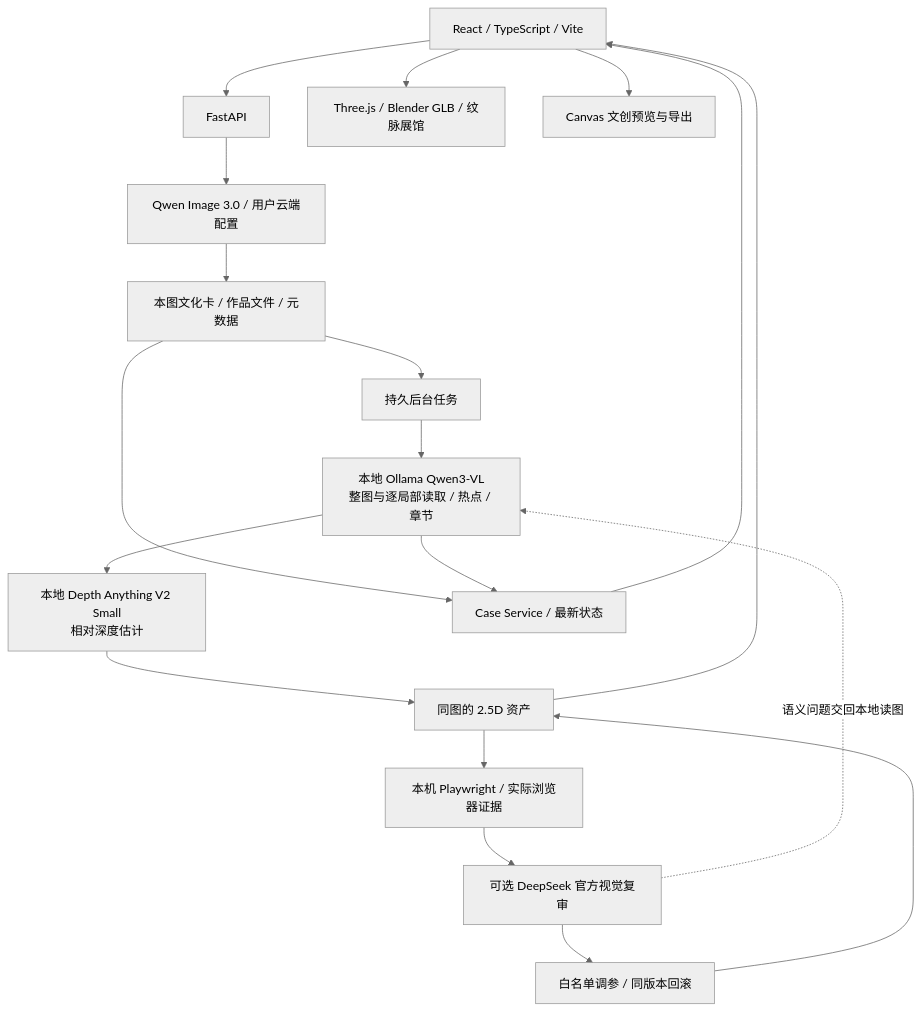
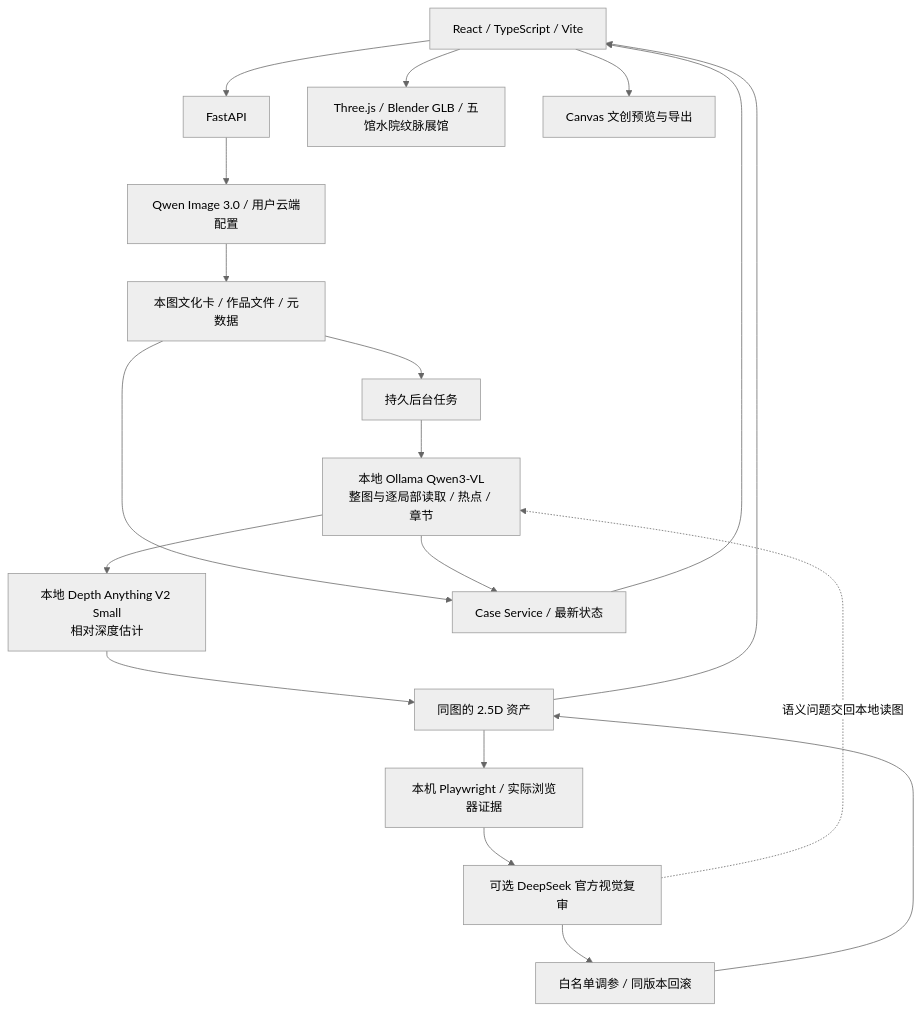
The second of 2 diagrams in README.md (3331083641-prog/wenmai-huazhang), drawn with Mermaid (neutral theme) before and after one commit. The commit also changed other lines of this file and 32 other files, not shown here.

````diff
--- a/README.md
+++ b/README.md
@@ -109,21 +111,21 @@
 ```mermaid
 flowchart TD
   UI[React / TypeScript / Vite] --> API[FastAPI]
   API --> GEN[Qwen Image 3.0 / 用户云端配置]
   GEN --> SAVE[本图文化卡 / 作品文件 / 元数据]
   SAVE --> JOB[持久后台任务]
   JOB --> VL[本地 Ollama Qwen3-VL<br/>整图与逐局部读取 / 热点 / 章节]
   VL --> DEPTH[本地 Depth Anything V2 Small<br/>相对深度估计]
   DEPTH --> WORLD[同图的 2.5D 资产]
   WORLD --> CAP[本机 Playwright / 实际浏览器证据]
   CAP --> REVIEW[可选 DeepSeek 官方视觉复审]
   REVIEW --> TUNE[白名单调参 / 同版本回滚]
   TUNE --> WORLD
   REVIEW -. 语义问题交回本地读图 .-> VL
   SAVE --> CASES[Case Service / 最新状态]
   VL --> CASES
   CASES --> UI
   WORLD --> UI
-  UI --> HALL[Three.js / Blender GLB / 纹脉展馆]
+  UI --> HALL[Three.js / Blender GLB / 五馆水院纹脉展馆]
   UI --> PNG[Canvas 文创预览与导出]
 ```
````
